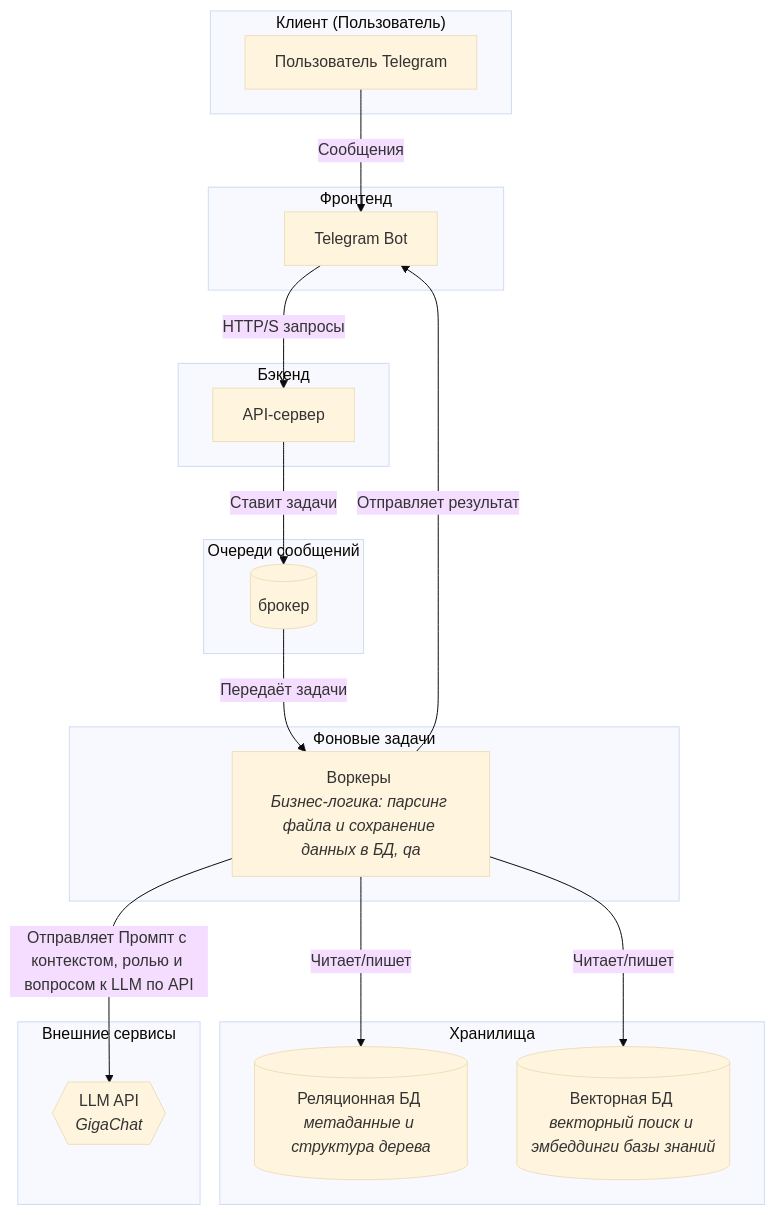
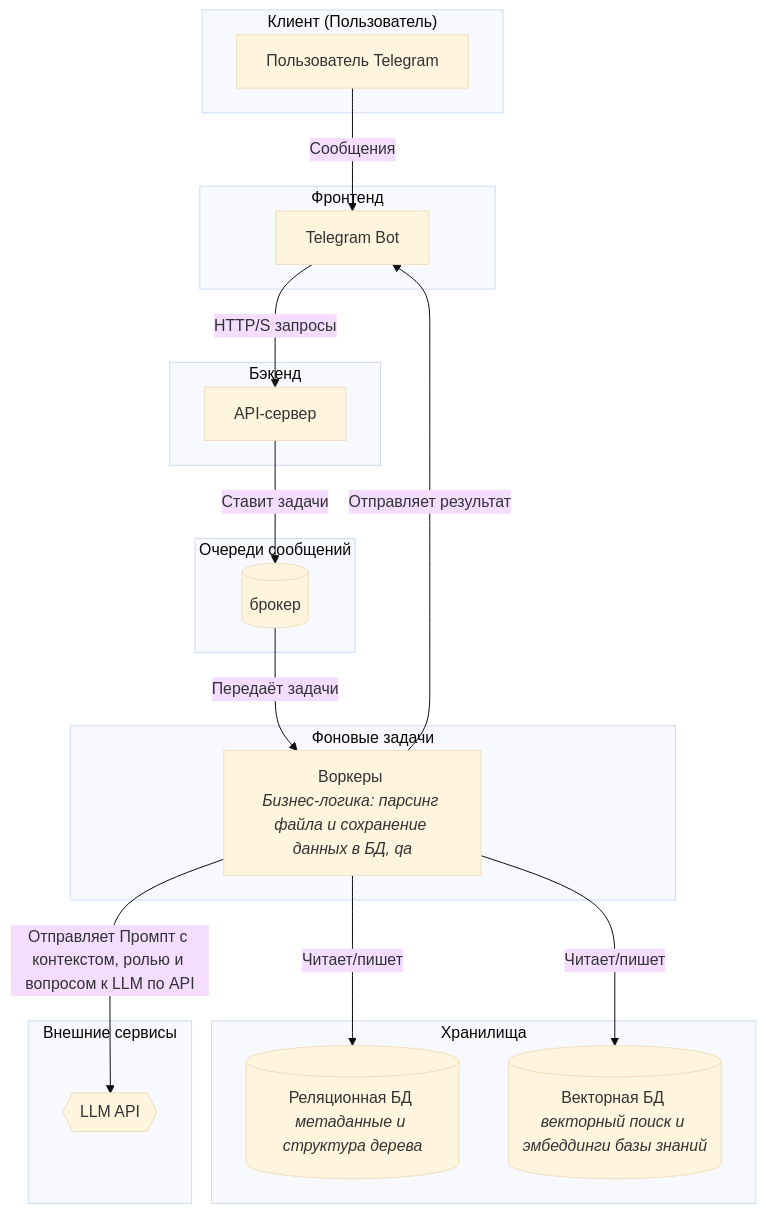
One commit to patolog123/Analyst-3.0 changed the diagram in Анастасия_Друзьянова/architect.MD. Above: the diagram before and after it, drawn with Mermaid (base theme).

````diff
--- a/Анастасия_Друзьянова/architect.MD
+++ b/Анастасия_Друзьянова/architect.MD
@@ -1,41 +1,41 @@
 ```mermaid
 graph TD
     subgraph "Клиент (Пользователь)"
         A[Пользователь Telegram]
     end
 
     subgraph "Фронтенд"
         B[Telegram Bot]
     end
 
     subgraph "Бэкенд"
         C[API-сервер]
     end
 
     subgraph "Очереди сообщений"
         J[(брокер)]
     end
 
     subgraph "Фоновые задачи"
         F[Воркеры <br><i>Бизнес-логика: парсинг файла и сохранение данных в БД, qa</i>]
     end
 
     subgraph "Хранилища"
         G[(Реляционная БД <br><i>метаданные и структура дерева</i>)]
         I[(Векторная БД <br><i>векторный поиск и эмбеддинги базы знаний</i>)]
     end
 
     subgraph "Внешние сервисы"
-        H{{LLM API <br><i>GigaChat</i>}}
+        H{{LLM API}}
     end
 
     %% Связи между компонентами
     A -- Сообщения --> B
     B -- HTTP/S запросы --> C
     C -- Ставит задачи --> J
     J -- Передаёт задачи --> F
     F -- Отправляет Промпт с контекстом, ролью и вопросом к LLM по API --> H
     F -- Читает/пишет --> G
     F -- Читает/пишет --> I
     F -- Отправляет результат --> B
 ```
````
